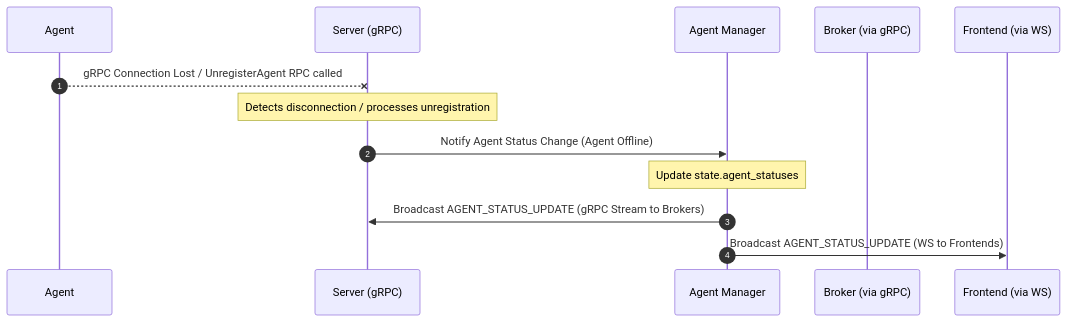
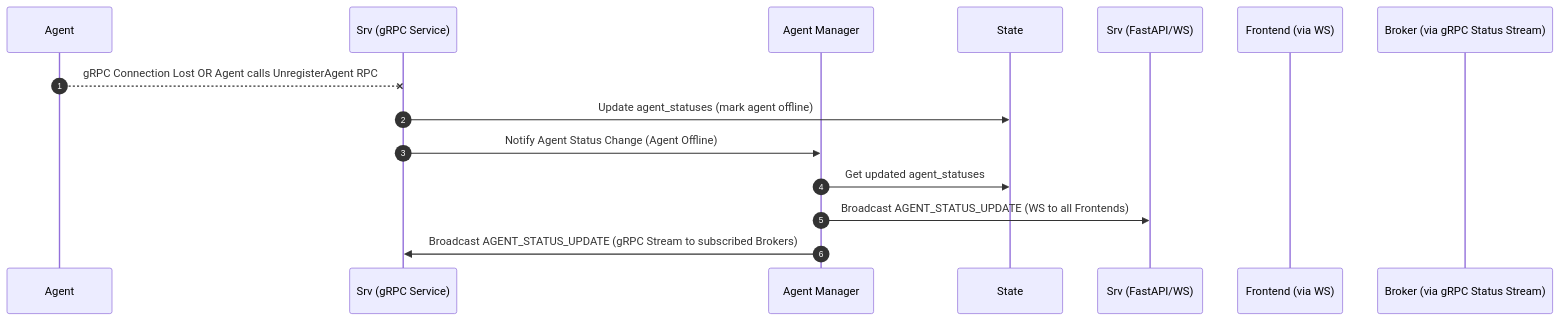
The fifth of 5 diagrams in server/README.md (jt-f/community), drawn with Mermaid before and after one commit. The commit also changed other lines of this file and 5 other files, not shown here.

````diff
--- a/server/README.md
+++ b/server/README.md
@@ -188,16 +194,20 @@
 ```mermaid
 sequenceDiagram
     autonumber
-    participant Agent as Agent
-    participant SrvGRPC as Server (gRPC)
+    participant Agent
+    participant SrvGRPC as Srv (gRPC Service)
     participant AgentMgr as Agent Manager
-    participant Broker as Broker (via gRPC)
+    participant State
+    participant SrvWS as Srv (FastAPI/WS)
     participant Frontend as Frontend (via WS)
+    participant Broker as Broker (via gRPC Status Stream)
 
-    Agent--xSrvGRPC: gRPC Connection Lost / UnregisterAgent RPC called
-    Note over SrvGRPC: Detects disconnection / processes unregistration
+
+    Agent--xSrvGRPC: gRPC Connection Lost OR Agent calls UnregisterAgent RPC
+    SrvGRPC->>State: Update agent_statuses (mark agent offline)
     SrvGRPC->>AgentMgr: Notify Agent Status Change (Agent Offline)
-    Note over AgentMgr: Update state.agent_statuses
-    AgentMgr->>SrvGRPC: Broadcast AGENT_STATUS_UPDATE (gRPC Stream to Brokers)
-    AgentMgr->>Frontend: Broadcast AGENT_STATUS_UPDATE (WS to Frontends)
+    AgentMgr->>State: Get updated agent_statuses
+    AgentMgr->>SrvWS: Broadcast AGENT_STATUS_UPDATE (WS to all Frontends)
+    AgentMgr->>SrvGRPC: Broadcast AGENT_STATUS_UPDATE (gRPC Stream to subscribed Brokers)
+
 ```
````
